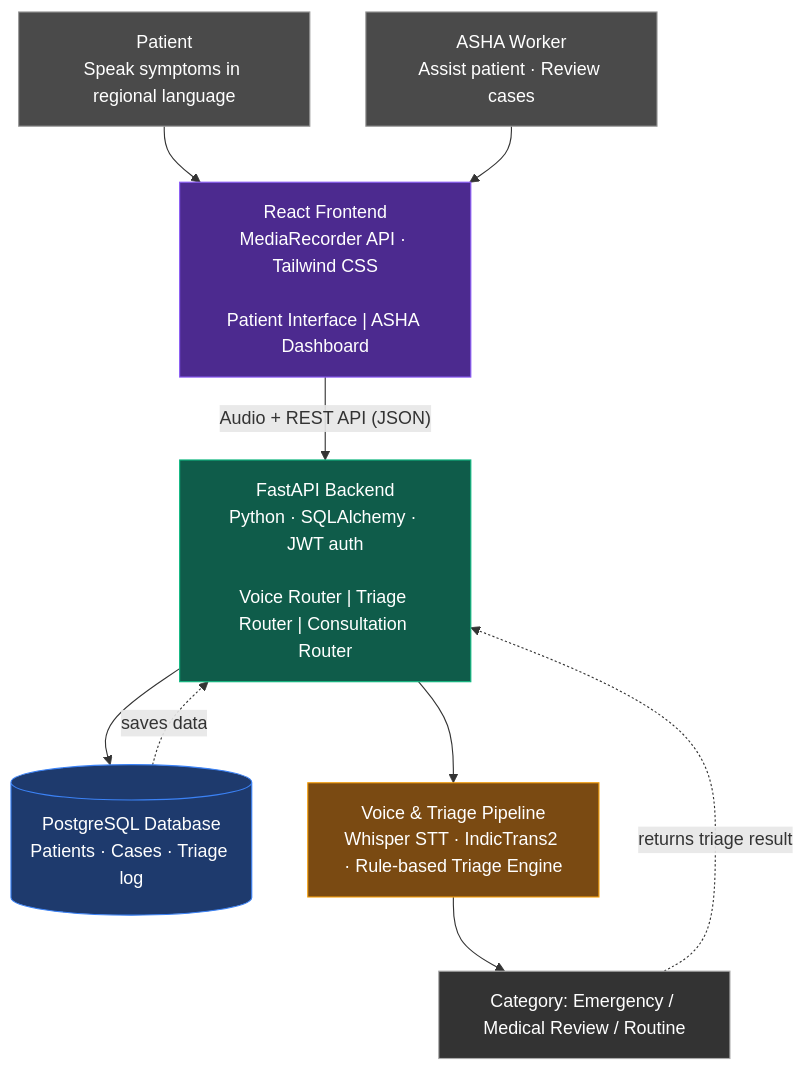
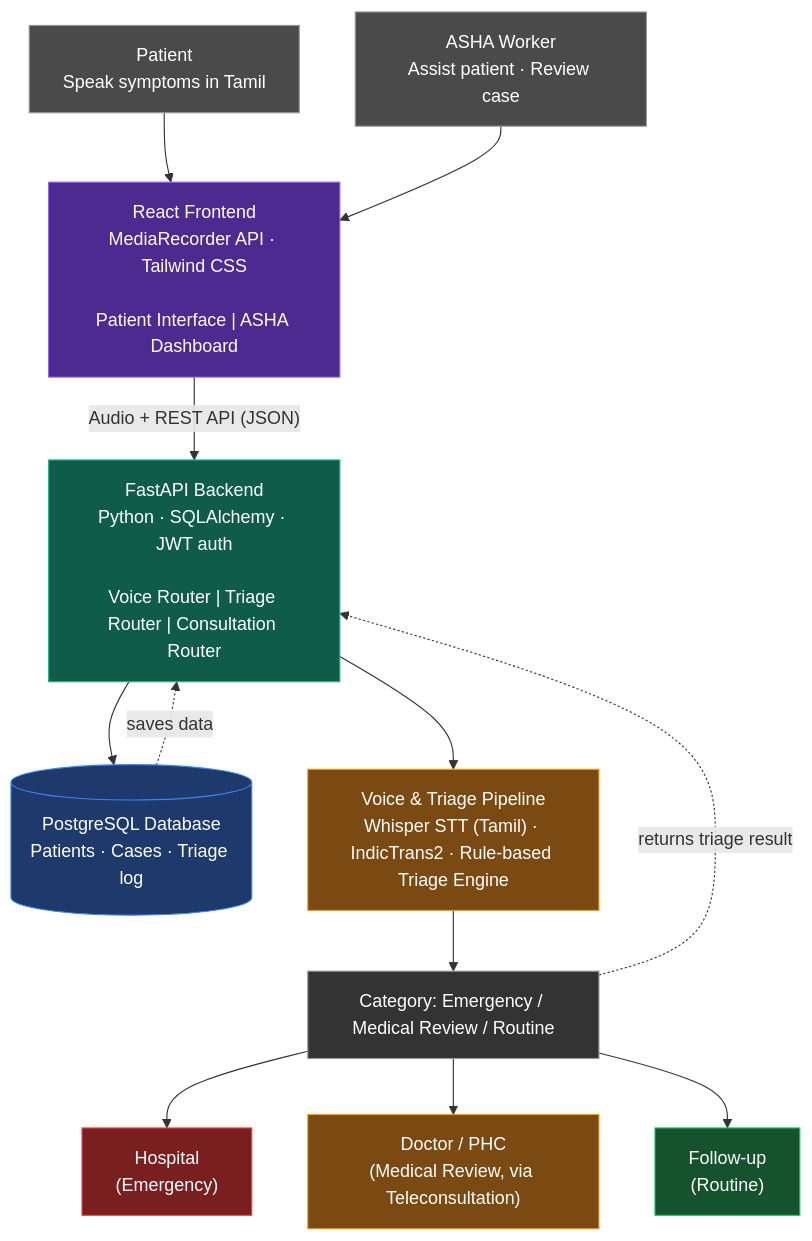
The first of 2 diagrams in README.md (Abinayaa1006/CareConnect), drawn with Mermaid before and after one commit. The commit also changed other lines of this file, not shown here.

Commit message:
Revise diagrams for  integration

````diff
--- a/README.md
+++ b/README.md
@@ -37,32 +36,39 @@
 ```mermaid
 flowchart TD
-    Patient["Patient<br/>Speak symptoms in regional language"]:::actor
-    ASHA["ASHA Worker<br/>Assist patient · Review cases"]:::actor
+    Patient["Patient<br/>Speak symptoms in Tamil"]:::actor
+    ASHA["ASHA Worker<br/>Assist patient · Review case"]:::actor
 
     Patient --> FE
     ASHA --> FE
 
     FE["React Frontend<br/>MediaRecorder API · Tailwind CSS<br/><br/>Patient Interface | ASHA Dashboard"]:::frontend
 
     FE -->|"Audio + REST API (JSON)"| BE
 
     BE["FastAPI Backend<br/>Python · SQLAlchemy · JWT auth<br/><br/>Voice Router | Triage Router | Consultation Router"]:::backend
 
     BE --> DB
     BE --> AI
 
     DB[("PostgreSQL Database<br/>Patients · Cases · Triage log")]:::database
-    AI["Voice &amp; Triage Pipeline<br/>Whisper STT · IndicTrans2 · Rule-based Triage Engine"]:::ai
+    AI["Voice & Triage Pipeline<br/>Whisper STT (Tamil) · IndicTrans2 · Rule-based Triage Engine"]:::ai
 
-    AI --> Result["Category: Emergency / Medical Review / Routine"]:::result
+    AI --> RESULT["Category: Emergency / Medical Review / Routine"]:::result
+
+    RESULT --> HOSP["Hospital<br/>(Emergency)"]:::red
+    RESULT --> DOC["Doctor / PHC<br/>(Medical Review, via Teleconsultation)"]:::yellow
+    RESULT --> FU["Follow-up<br/>(Routine)"]:::green
 
     DB -.saves data.-> BE
-    Result -.returns triage result.-> BE
+    RESULT -.returns triage result.-> BE
 
-    classDef actor fill:#4a4a4a,stroke:#999,color:#fff
-    classDef frontend fill:#4c2a8f,stroke:#8b5cf6,color:#fff
-    classDef backend fill:#0f5c4a,stroke:#10b981,color:#fff
-    classDef database fill:#1e3a6d,stroke:#3b82f6,color:#fff
-    classDef ai fill:#7a4a12,stroke:#f59e0b,color:#fff
-    classDef result fill:#333333,stroke:#aaaaaa,color:#fff
+    classDef actor fill:#4a4a4a,stroke:#999999,color:#ffffff
+    classDef frontend fill:#4c2a8f,stroke:#8b5cf6,color:#ffffff
+    classDef backend fill:#0f5c4a,stroke:#10b981,color:#ffffff
+    classDef database fill:#1e3a6d,stroke:#3b82f6,color:#ffffff
+    classDef ai fill:#7a4a12,stroke:#f59e0b,color:#ffffff
+    classDef result fill:#333333,stroke:#999999,color:#ffffff
+    classDef red fill:#7a1f1f,stroke:#ef4444,color:#ffffff
+    classDef yellow fill:#7a4a12,stroke:#f59e0b,color:#ffffff
+    classDef green fill:#14532d,stroke:#22c55e,color:#ffffff
 ```
````
